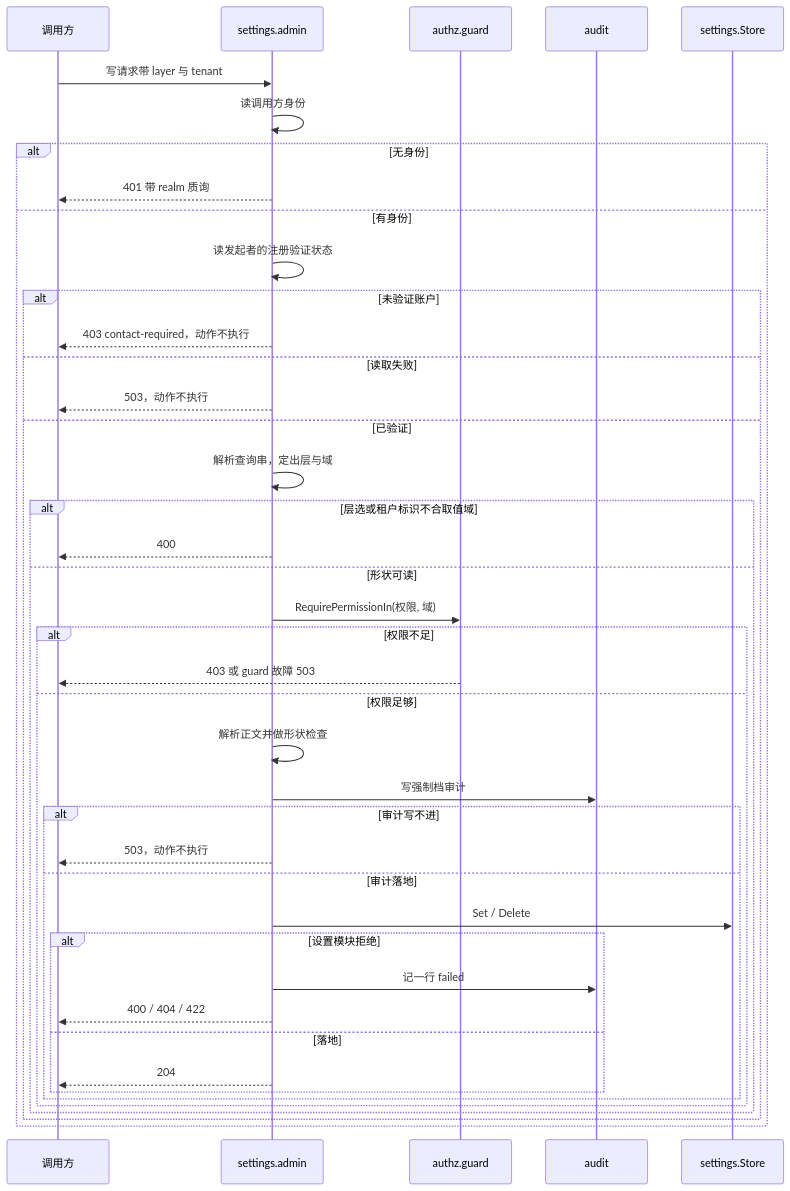
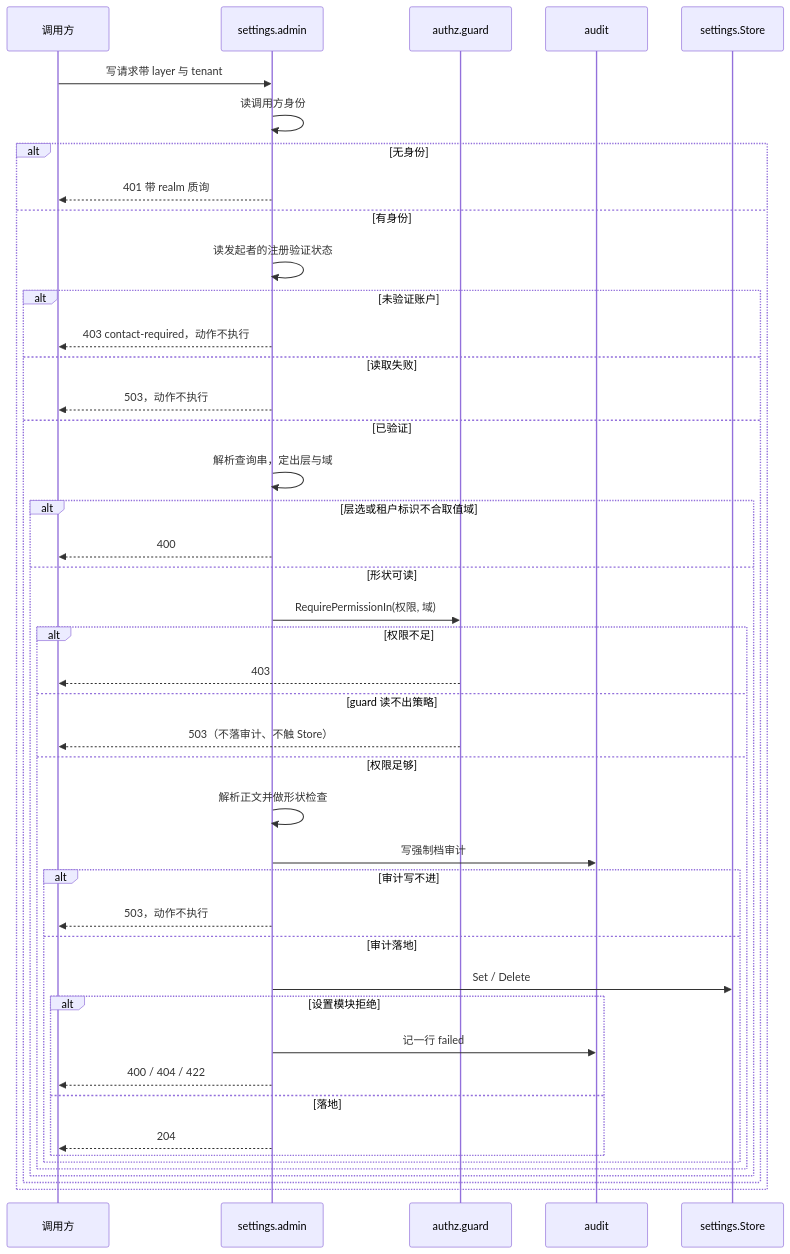
Before and after one commit to wangzw/speed: the diagram in docs/design/modules/settings/design-settings-admin.md, drawn with Mermaid. The commit also changed other lines of this file and 28 other files, not shown here.

````diff
--- a/docs/design/modules/settings/design-settings-admin.md
+++ b/docs/design/modules/settings/design-settings-admin.md
@@ -120,44 +120,46 @@
 ```mermaid
 sequenceDiagram
     participant C as 调用方
     participant H as settings.admin
     participant G as authz.guard
     participant A as audit
     participant S as settings.Store
     C->>H: 写请求带 layer 与 tenant
     H->>H: 读调用方身份
     alt 无身份
         H-->>C: 401 带 realm 质询
     else 有身份
         H->>H: 读发起者的注册验证状态
         alt 未验证账户
             H-->>C: 403 contact-required，动作不执行
         else 读取失败
             H-->>C: 503，动作不执行
         else 已验证
             H->>H: 解析查询串，定出层与域
             alt 层选或租户标识不合取值域
                 H-->>C: 400
             else 形状可读
                 H->>G: RequirePermissionIn(权限, 域)
                 alt 权限不足
-                    G-->>C: 403 或 guard 故障 503
+                    G-->>C: 403
+                else guard 读不出策略
+                    G-->>C: 503（不落审计、不触 Store）
                 else 权限足够
                     H->>H: 解析正文并做形状检查
                     H->>A: 写强制档审计
                     alt 审计写不进
                         H-->>C: 503，动作不执行
                     else 审计落地
                         H->>S: Set / Delete
                         alt 设置模块拒绝
                             H->>A: 记一行 failed
                             H-->>C: 400 / 404 / 422
                         else 落地
                             H-->>C: 204
                         end
                     end
                 end
             end
         end
     end
 ```
````
